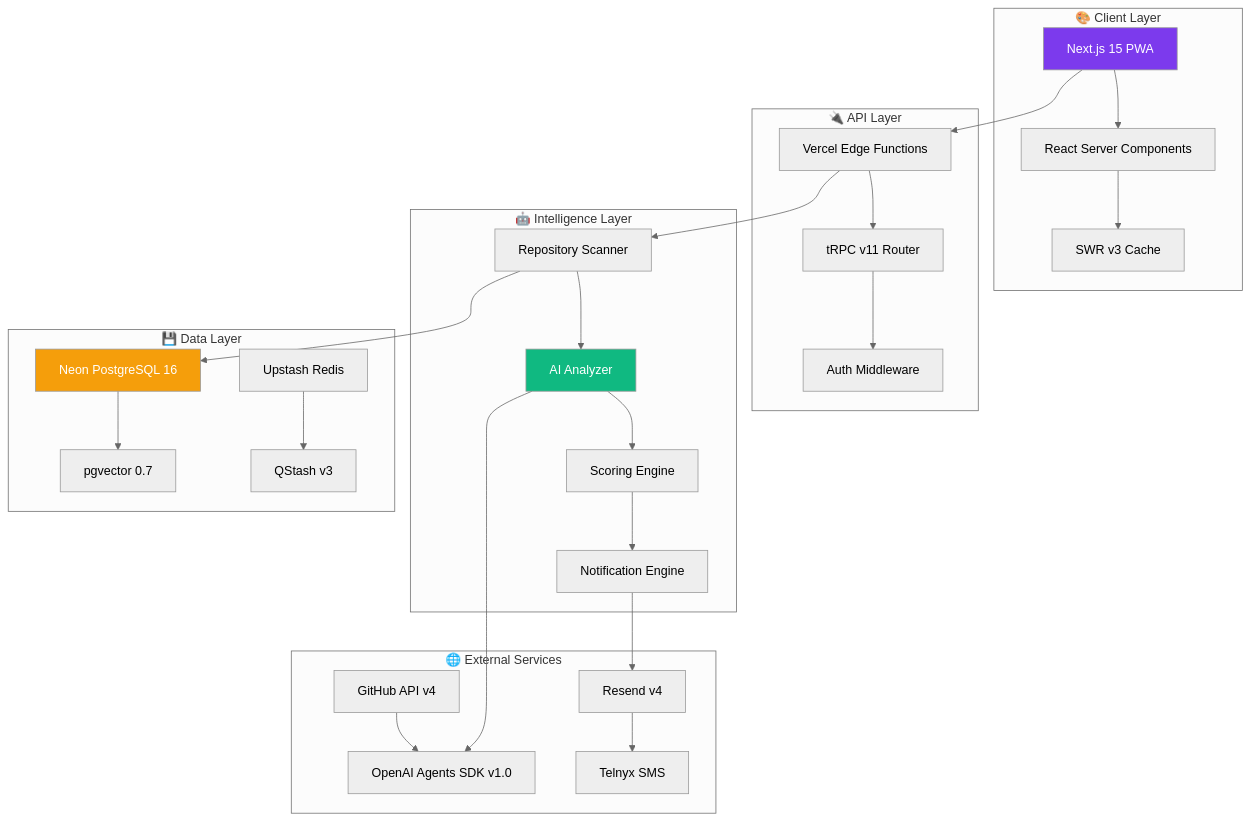
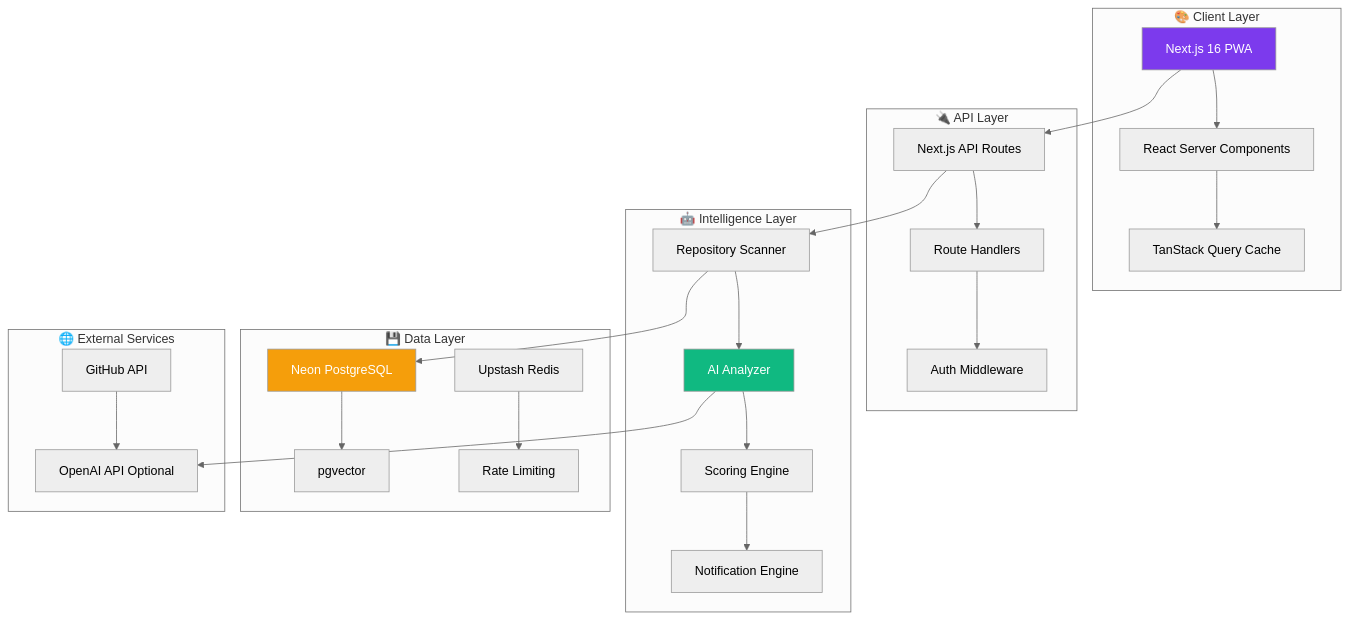
The first of 5 diagrams in README.md (BjornMelin/contribux), drawn with Mermaid (neutral theme) before and after one commit. The commit also changed other lines of this file and 79 other files, not shown here.

````diff
--- a/README.md
+++ b/README.md
@@ -91,38 +91,36 @@
 ```mermaid
 graph TB
     subgraph "🎨 Client Layer"
-        A[Next.js 15 PWA] --> B[React Server Components]
-        B --> C[SWR v3 Cache]
+        A[Next.js 16 PWA] --> B[React Server Components]
+        B --> C[TanStack Query Cache]
     end
 
     subgraph "🔌 API Layer"
-        D[Vercel Edge Functions] --> E[tRPC v11 Router]
+        D[Next.js API Routes] --> E[Route Handlers]
         E --> F[Auth Middleware]
     end
 
     subgraph "🤖 Intelligence Layer"
         G[Repository Scanner] --> H[AI Analyzer]
         H --> I[Scoring Engine]
         I --> J[Notification Engine]
     end
 
     subgraph "💾 Data Layer"
-        K[Neon PostgreSQL 16] --> L[pgvector 0.7]
-        M[Upstash Redis] --> N[QStash v3]
+        K[Neon PostgreSQL] --> L[pgvector]
+        M[Upstash Redis] --> N[Rate Limiting]
     end
 
     subgraph "🌐 External Services"
-        O[GitHub API v4] --> P[OpenAI Agents SDK v1.0]
-        Q[Resend v4] --> R[Telnyx SMS]
+        O[GitHub API] --> P[OpenAI API Optional]
     end
 
     A --> D
     D --> G
     G --> K
     H --> P
-    J --> Q
 
     style A fill:#7C3AED,color:#fff
     style H fill:#10B981,color:#fff
     style K fill:#F59E0B,color:#fff
 ```
````
